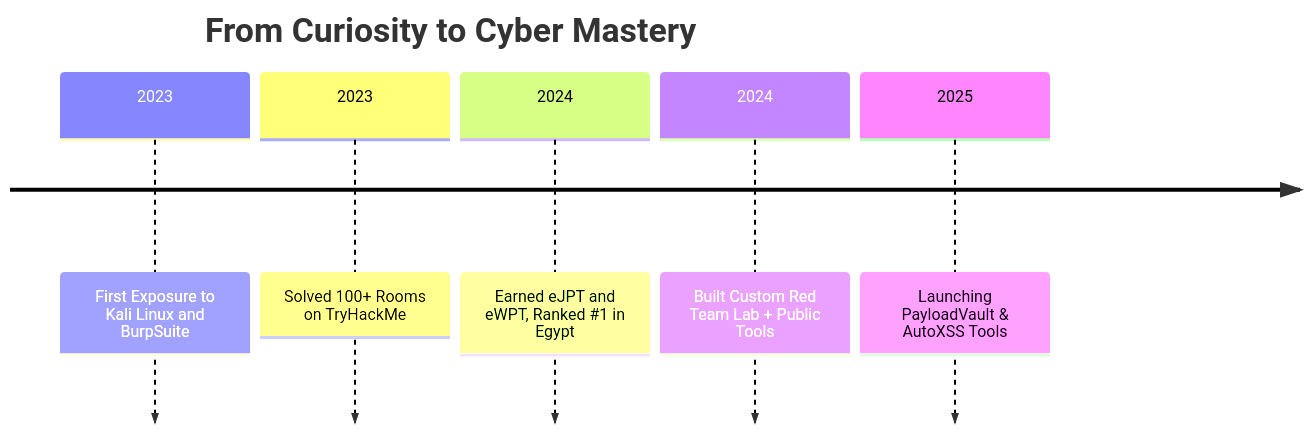
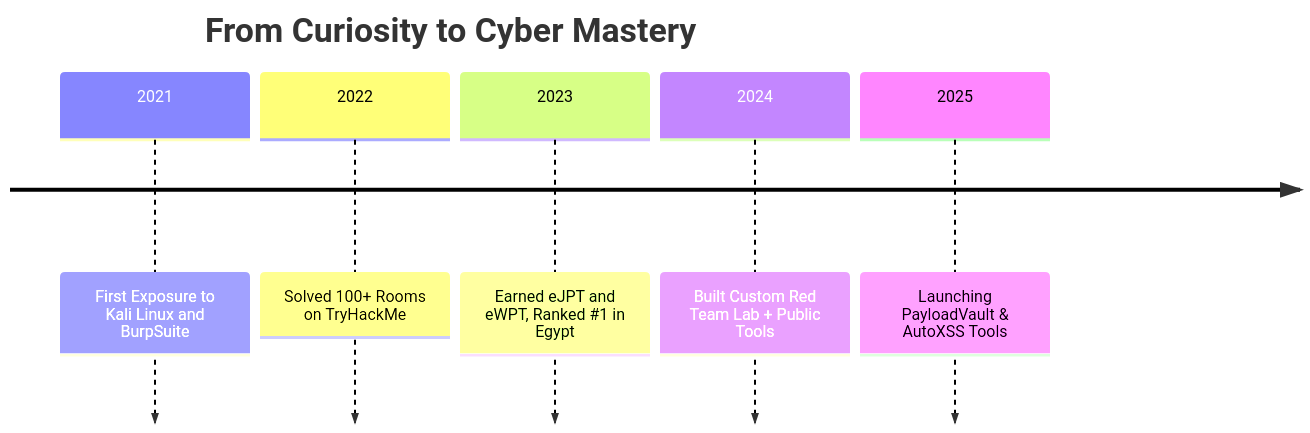
Before and after one commit to 0xyoussef404/0xyoussef404: the diagram in README.md, drawn with Mermaid. The commit also changed other lines of this file, not shown here.

````diff
--- a/README.md
+++ b/README.md
@@ -33,9 +37,9 @@
 ```mermaid
 timeline
     title From Curiosity to Cyber Mastery
-    2023 : First Exposure to Kali Linux and BurpSuite
-    2023 : Solved 100+ Rooms on TryHackMe
-    2024 : Earned eJPT and eWPT, Ranked #1 in Egypt
+    2021 : First Exposure to Kali Linux and BurpSuite
+    2022 : Solved 100+ Rooms on TryHackMe
+    2023 : Earned eJPT and eWPT, Ranked #1 in Egypt
     2024 : Built Custom Red Team Lab + Public Tools
     2025 : Launching PayloadVault & AutoXSS Tools
 ```
````
